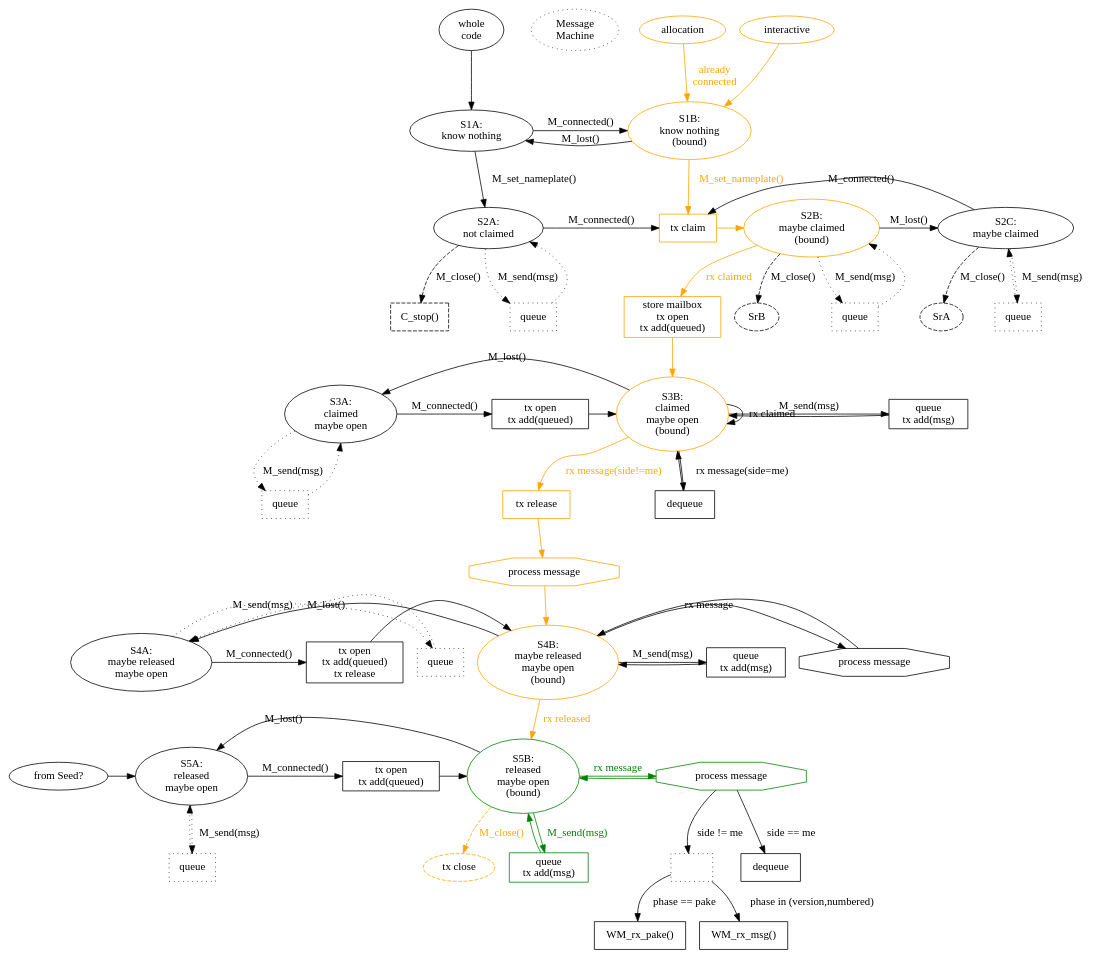
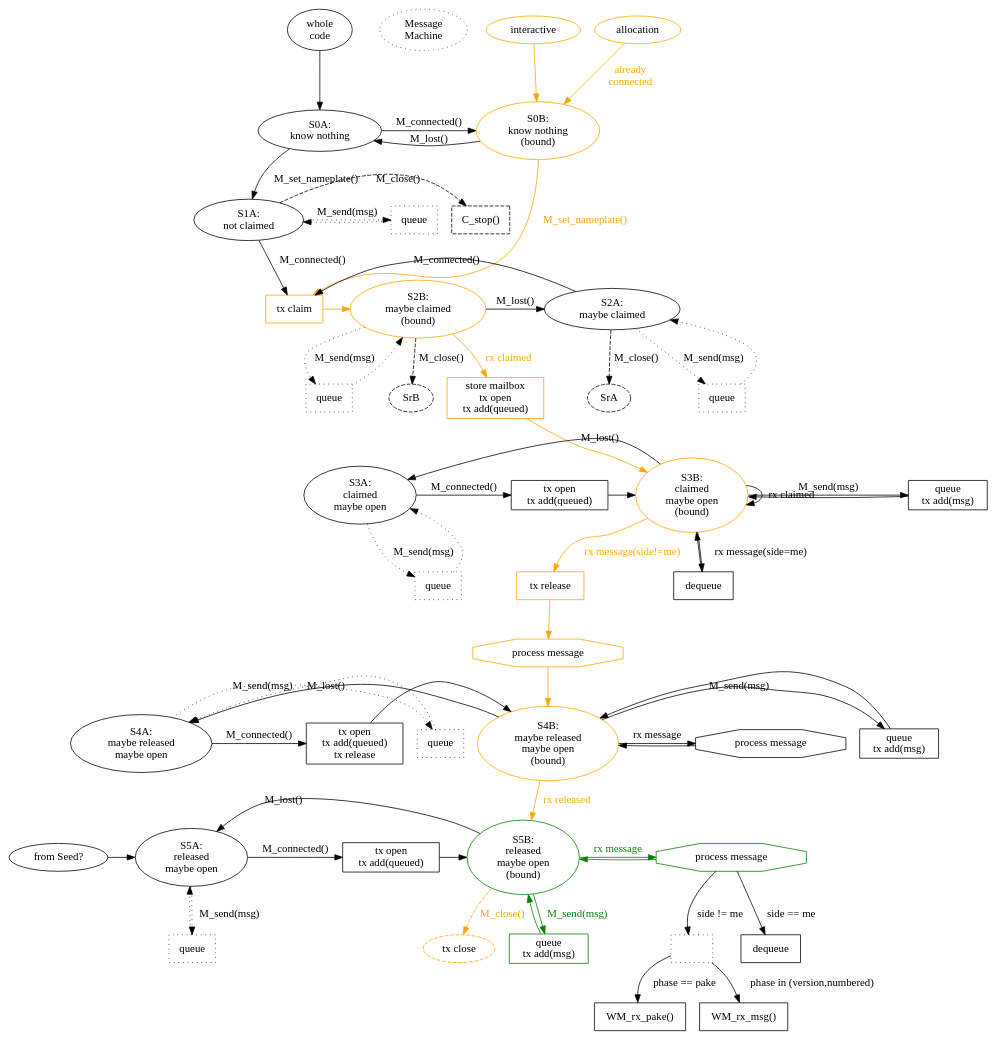
The diagram in docs/w2.dot (magic-wormhole/magic-wormhole), drawn with Graphviz before and after one commit.

Commit message:
more fussing, split out M_S0

```diff
--- a/docs/w2.dot
+++ b/docs/w2.dot
@@ -1,141 +1,147 @@
 digraph {
         /* new idea */
 
         {rank=same; M_entry_whole_code M_title M_entry_allocation M_entry_interactive}
         M_entry_whole_code [label="whole\ncode"]
-        M_entry_whole_code -> M_S1A
+        M_entry_whole_code -> M_S0A
         M_title [label="Message\nMachine" style="dotted"]
         M_entry_whole_code -> M_title [style="invis"]
         M_entry_allocation [label="allocation" color="orange"]
-        M_entry_allocation -> M_S1B [label="already\nconnected" color="orange" fontcolor="orange"]
+        M_entry_allocation -> M_S0B [label="already\nconnected" color="orange" fontcolor="orange"]
         M_entry_interactive [label="interactive" color="orange"]
-        M_entry_interactive -> M_S1B [color="orange"]
+        M_entry_interactive -> M_S0B [color="orange"]
 
-        {rank=same; M_S1A M_S1B}
-        M_S1A [label="S1A:\nknow nothing"]
-        M_S1B [label="S1B:\nknow nothing\n(bound)" color="orange"]
-        M_S1A -> M_S1B [label="M_connected()"]
-        M_S1B -> M_S1A [label="M_lost()"]
+        {rank=same; M_S0A M_S0B}
+        M_S0A [label="S0A:\nknow nothing"]
+        M_S0B [label="S0B:\nknow nothing\n(bound)" color="orange"]
+        M_S0A -> M_S0B [label="M_connected()"]
+        M_S0B -> M_S0A [label="M_lost()"]
 
-        M_S1A -> M_S2A [label="M_set_nameplate()"]
-        M_S1B -> M_P2_claim [label="M_set_nameplate()" color="orange" fontcolor="orange"]
+        M_S0A -> M_S1A [label="M_set_nameplate()"]
+        M_S0B -> M_P2_claim [label="M_set_nameplate()" color="orange" fontcolor="orange"]
 
-        {rank=same; M_S2A M_S2B M_S2C M_P2_claim}
-        M_S2A [label="S2A:\nnot claimed"]
-        M_S2C [label="S2C:\nmaybe claimed"]
+        {rank=same; M_S1A M_C_stop M_P1A_queue}
+        M_S0B -> M_S2B [style="invis"]
+        M_S1A -> M_S2A [style="invis"]
+        M_S1A [label="S1A:\nnot claimed"]
+        M_S1A -> M_P2_claim [label="M_connected()"]
+        M_S1A -> M_C_stop [label="M_close()" style="dashed"]
+        M_C_stop [shape="box" label="C_stop()" style="dashed"]
+        M_S1A -> M_P1A_queue [label="M_send(msg)" style="dotted"]
+        M_P1A_queue [shape="box" label="queue" style="dotted"]
+        M_P1A_queue -> M_S1A [style="dotted"]
+
+        {rank=same; M_S2B M_S2A M_P2_claim}
+        M_S1A -> M_S2A [style="invis"]
+        M_S2A -> M_S3A [style="invis"]
+        M_S2A [label="S2A:\nmaybe claimed"]
         M_S2B [label="S2B:\nmaybe claimed\n(bound)" color="orange"]
-        M_S2A -> M_P2_claim [label="M_connected()"]
-        M_S2A -> M_C_stop [label="M_close()" style="dashed"]
-        M_C_stop [shape="box" label="C_stop()" style="dashed"]
         M_S2B -> M_SrB [label="M_close()" style="dashed"]
         M_SrB [label="SrB" style="dashed"]
-        M_S2C -> M_SrA [label="M_close()" style="dashed"]
+        M_S2A -> M_SrA [label="M_close()" style="dashed"]
         M_SrA [label="SrA" style="dashed"]
 
-        M_S2C -> M_P2_claim [label="M_connected()"]
-        M_S2B -> M_S2C [label="M_lost()"]
+        M_S2A -> M_P2_claim [label="M_connected()"]
+        M_S2B -> M_S2A [label="M_lost()"]
         M_P2_claim [shape="box" label="tx claim" color="orange"]
         M_P2_claim -> M_S2B [color="orange"]
-        M_S2A -> M_P2A_queue [label="M_send(msg)" style="dotted"]
-        M_P2A_queue [shape="box" label="queue" style="dotted"]
-        M_P2A_queue -> M_S2A [style="dotted"]
-        M_S2C -> M_P2C_queue [label="M_send(msg)" style="dotted"]
+        M_S2A -> M_P2C_queue [label="M_send(msg)" style="dotted"]
         M_P2C_queue [shape="box" label="queue" style="dotted"]
-        M_P2C_queue -> M_S2C [style="dotted"]
+        M_P2C_queue -> M_S2A [style="dotted"]
         M_S2B -> M_P2B_queue [label="M_send(msg)" style="dotted"]
         M_P2B_queue [shape="box" label="queue" style="dotted"]
         M_P2B_queue -> M_S2B [style="dotted"]
 
-        M_S2A -> M_S3A [label="(none)" style="invis"]
+        M_S1A -> M_S3A [label="(none)" style="invis"]
         M_S2B -> M_P_open [label="rx claimed" color="orange" fontcolor="orange"]
         M_P_open [shape="box" label="store mailbox\ntx open\ntx add(queued)" color="orange"]
         M_P_open -> M_S3B [color="orange"]
 
         {rank=same; M_S3A M_S3B M_P3_open M_P3_send}
         M_S3A [label="S3A:\nclaimed\nmaybe open"]
         M_S3B [label="S3B:\nclaimed\nmaybe open\n(bound)" color="orange"]
         M_S3A -> M_P3_open [label="M_connected()"]
         M_S3B -> M_S3A [label="M_lost()"]
         M_P3_open [shape="box" label="tx open\ntx add(queued)"]
         M_P3_open -> M_S3B
         M_S3B -> M_S3B [label="rx claimed"]
         M_S3B -> M_P3_send [label="M_send(msg)"]
         M_P3_send [shape="box" label="queue\ntx add(msg)"]
         M_P3_send -> M_S3B
         M_S3A -> M_P3_queue [label="M_send(msg)" style="dotted"]
         M_P3_queue [shape="box" label="queue" style="dotted"]
         M_P3_queue -> M_S3A [style="dotted"]
 
         M_S3A -> M_S4A [label="(none)" style="invis"]
         M_S3B -> M_P3_process_ours [label="rx message(side=me)"]
         M_P3_process_ours [shape="box" label="dequeue"]
         M_P3_process_ours -> M_S3B
         M_S3B -> M_P3_process_theirs1 [label="rx message(side!=me)" color="orange" fontcolor="orange"]
         M_P3_process_theirs1 [shape="box" label="tx release" color="orange"]
         M_P3_process_theirs1 -> M_P3_process_theirs2 [color="orange"]
         M_P3_process_theirs2 [shape="octagon" label="process message" color="orange"]
         /* pay attention to the race here: this process_message() will
         deliver msg_pake to the WormholeMachine, which will compute_key() and
-        M_send(version), and we're in between M_S2A (where M_send gets
+        M_send(version), and we're in between M_S1A (where M_send gets
         queued) and M_S3A (where M_send gets sent and queued), and we're no
         longer passing through the M_P3_open phase (which drains the queue).
         So there's a real possibility of the outbound msg_version getting
         dropped on the floor, or put in a queue but never delivered. */
         M_P3_process_theirs2 -> M_S4B [color="orange"]
 
         {rank=same; M_S4A M_P4_release M_S4B M_P4_process M_P4_send M_P4_queue}
         M_S4A [label="S4A:\nmaybe released\nmaybe open\n"]
 
         M_S4B [label="S4B:\nmaybe released\nmaybe open\n(bound)" color="orange"]
         M_S4A -> M_P4_release [label="M_connected()"]
         M_P4_release [shape="box" label="tx open\ntx add(queued)\ntx release"]
         M_S4B -> M_P4_send [label="M_send(msg)"]
         M_P4_send [shape="box" label="queue\ntx add(msg)"]
         M_P4_send -> M_S4B
         M_S4A -> M_P4_queue [label="M_send(msg)" style="dotted"]
         M_P4_queue [shape="box" label="queue" style="dotted"]
         M_P4_queue -> M_S4A [style="dotted"]
 
         M_P4_release -> M_S4B
         M_S4B -> M_S4A [label="M_lost()"]
         M_S4B -> M_P4_process [label="rx message"]
         M_P4_process [shape="octagon" label="process message"]
         M_P4_process -> M_S4B
 
         M_S4A -> M_S5A [label="(none)" style="invis"]
         M_S4B -> M_S5B [label="rx released" color="orange" fontcolor="orange"]
 
         seed [label="from Seed?"]
         M_S3A -> seed [style="invis"]
         M_S4A -> seed [style="invis"]
         seed -> M_S5A
         {rank=same; seed M_S5A M_S5B M_P5_open M_process}
         M_S5A [label="S5A:\nreleased\nmaybe open"]
         M_S5B [label="S5B:\nreleased\nmaybe open\n(bound)" color="green"]
         M_S5A -> M_P5_open [label="M_connected()"]
         M_P5_open [shape="box" label="tx open\ntx add(queued)"]
         M_P5_open -> M_S5B
         M_S5B -> M_S5A [label="M_lost()"]
         M_S5B -> M_process [label="rx message" color="green" fontcolor="green"]
         M_process [shape="octagon" label="process message" color="green"]
         M_process -> M_S5B [color="green"]
         M_S5B -> M_P5_send [label="M_send(msg)" color="green" fontcolor="green"]
         M_P5_send [shape="box" label="queue\ntx add(msg)" color="green"]
         M_P5_send -> M_S5B [color="green"]
         M_S5A -> M_P5_queue [label="M_send(msg)" style="dotted"]
         M_P5_queue [shape="box" label="queue" style="dotted"]
         M_P5_queue -> M_S5A [style="dotted"]
         M_S5B -> M_CcB_P_close [label="M_close()" style="dashed" color="orange" fontcolor="orange"]
         M_CcB_P_close [label="tx close" style="dashed" color="orange"]
 
         M_process [shape="octagon" label="process message"]
         M_process_me [shape="box" label="dequeue"]
         M_process -> M_process_me [label="side == me"]
         M_process_them [shape="box" label="" style="dotted"]
         M_process -> M_process_them [label="side != me"]
         M_process_them -> M_process_pake [label="phase == pake"]
         M_process_pake [shape="box" label="WM_rx_pake()"]
         M_process_them -> M_process_other [label="phase in (version,numbered)"]
         M_process_other [shape="box" label="WM_rx_msg()"]
 
 }
```
